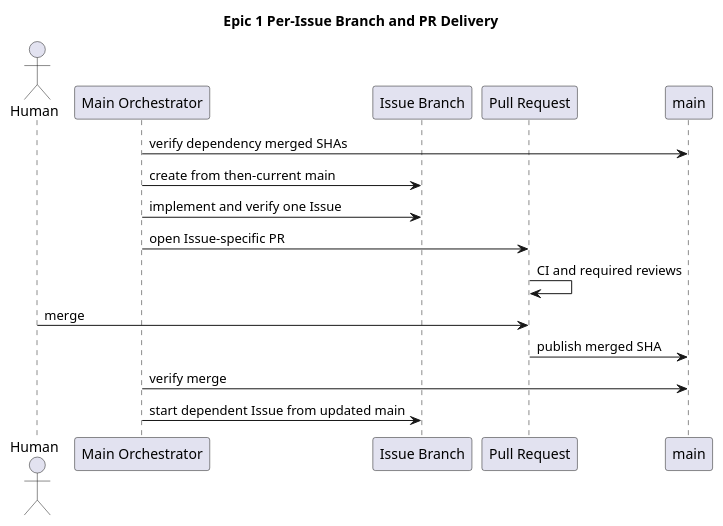
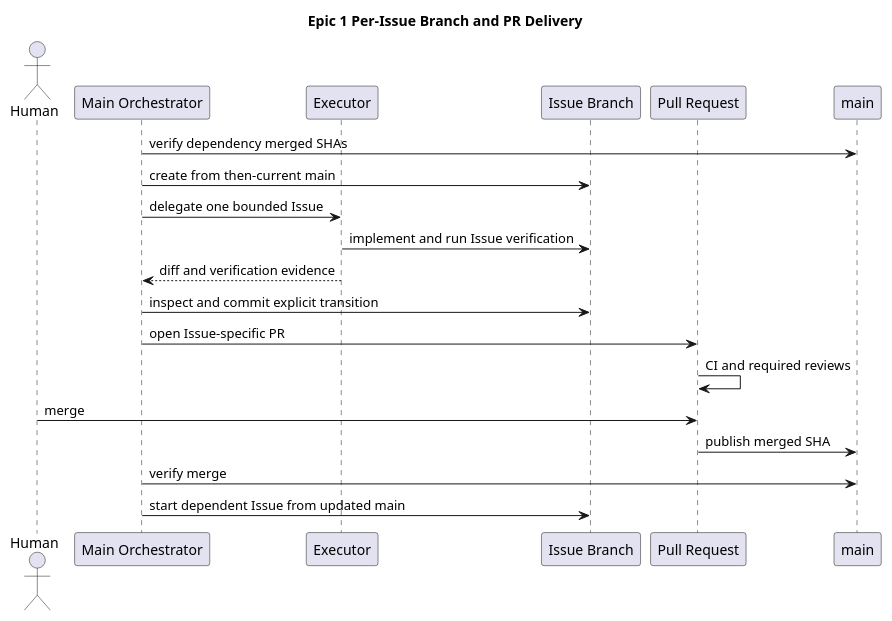
Before and after one commit to chemitaro/spec-dock: the fourth of 4 diagrams in spec-dock/initiatives/init-00322-gpt-5-6-chatgpt-first-intelligence-architecture/epics/epic-00324-delegation-foundation-asset-inventory-and-thin-chatgpt-adapter/design.md, drawn with PlantUML. The commit also changed other lines of this file and 4 other files, not shown here.

````diff
--- a/spec-dock/initiatives/init-00322-gpt-5-6-chatgpt-first-intelligence-architecture/epics/epic-00324-delegation-foundation-asset-inventory-and-thin-chatgpt-adapter/design.md
+++ b/spec-dock/initiatives/init-00322-gpt-5-6-chatgpt-first-intelligence-architecture/epics/epic-00324-delegation-foundation-asset-inventory-and-thin-chatgpt-adapter/design.md
@@ -998,22 +1012,26 @@
 ```plantuml
 @startuml
 title Epic 1 Per-Issue Branch and PR Delivery
 skinparam shadowing false
 
 actor Human
 participant "Main Orchestrator" as Main
+participant "Executor" as Executor
 participant "Issue Branch" as Branch
 participant "Pull Request" as PR
 participant "main" as MainBranch
 
 Main -> MainBranch : verify dependency merged SHAs
 Main -> Branch : create from then-current main
-Main -> Branch : implement and verify one Issue
+Main -> Executor : delegate one bounded Issue
+Executor -> Branch : implement and run Issue verification
+Executor --> Main : diff and verification evidence
+Main -> Branch : inspect and commit explicit transition
 Main -> PR : open Issue-specific PR
 PR -> PR : CI and required reviews
 Human -> PR : merge
 PR -> MainBranch : publish merged SHA
 Main -> MainBranch : verify merge
 Main -> Branch : start dependent Issue from updated main
 @enduml
 ```
````
